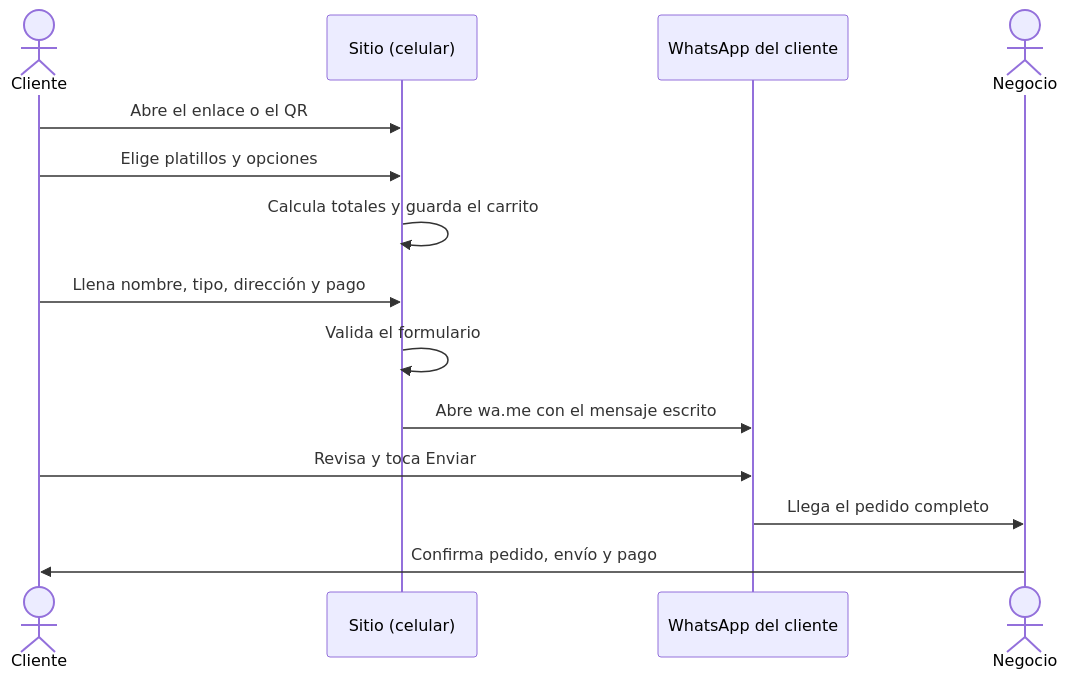
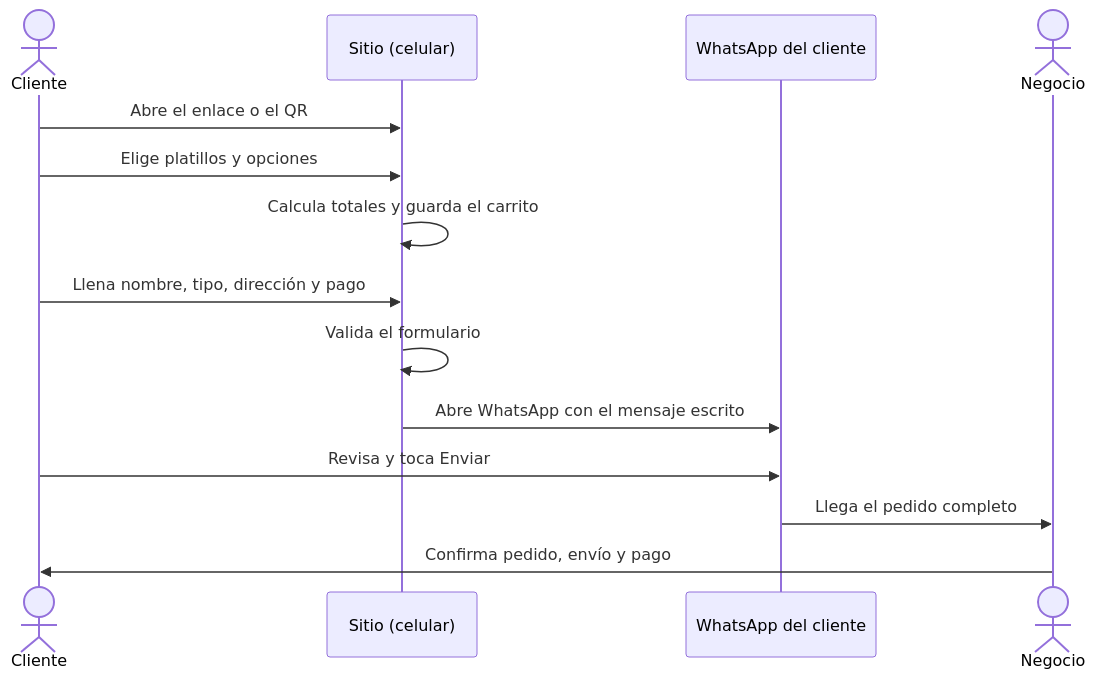
Before and after one commit to AlvaradoJos/kairos-menu: the first of 3 diagrams in docs/proyecto-final/02-prefactibilidad.md, drawn with Mermaid. The commit also changed other lines of this file and 14 other files, not shown here.

````diff
--- a/docs/proyecto-final/02-prefactibilidad.md
+++ b/docs/proyecto-final/02-prefactibilidad.md
@@ -70,16 +70,16 @@
 ```mermaid
 sequenceDiagram
     actor C as Cliente
     participant S as Sitio (celular)
     participant W as WhatsApp del cliente
     actor N as Negocio
     C->>S: Abre el enlace o el QR
     C->>S: Elige platillos y opciones
     S->>S: Calcula totales y guarda el carrito
     C->>S: Llena nombre, tipo, dirección y pago
     S->>S: Valida el formulario
-    S->>W: Abre wa.me con el mensaje escrito
+    S->>W: Abre WhatsApp con el mensaje escrito
     C->>W: Revisa y toca Enviar
     W->>N: Llega el pedido completo
     N->>C: Confirma pedido, envío y pago
 ```
````
